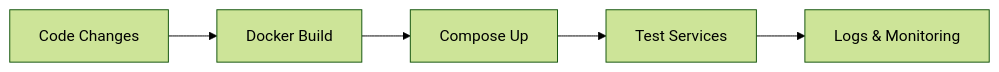
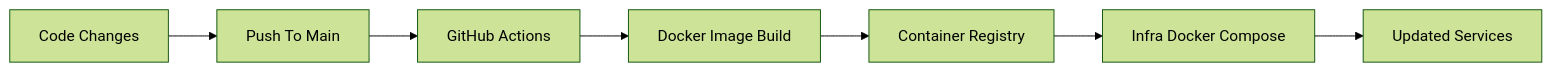
Before and after one commit to BudgetFlix/infra: the second of 2 diagrams in README.md, drawn with Mermaid (forest theme). The commit also changed other lines of this file, not shown here.

Commit message:
correcting readme

````diff
--- a/README.md
+++ b/README.md
@@ -164,14 +170,18 @@
 ```mermaid
 flowchart LR
 
     CODE[Code Changes]
-    BUILD[Docker Build]
-    START[Compose Up]
-    TEST[Test Services]
-    DEBUG[Logs & Monitoring]
+    PUSH[Push To Main]
+    ACTIONS[GitHub Actions]
+    BUILD[Docker Image Build]
+    REGISTRY[Container Registry]
+    INFRA[Infra Docker Compose]
+    DEPLOY[Updated Services]
 
-    CODE --> BUILD
-    BUILD --> START
-    START --> TEST
-    TEST --> DEBUG
+    CODE --> PUSH
+    PUSH --> ACTIONS
+    ACTIONS --> BUILD
+    BUILD --> REGISTRY
+    REGISTRY --> INFRA
+    INFRA --> DEPLOY
 ```
````
